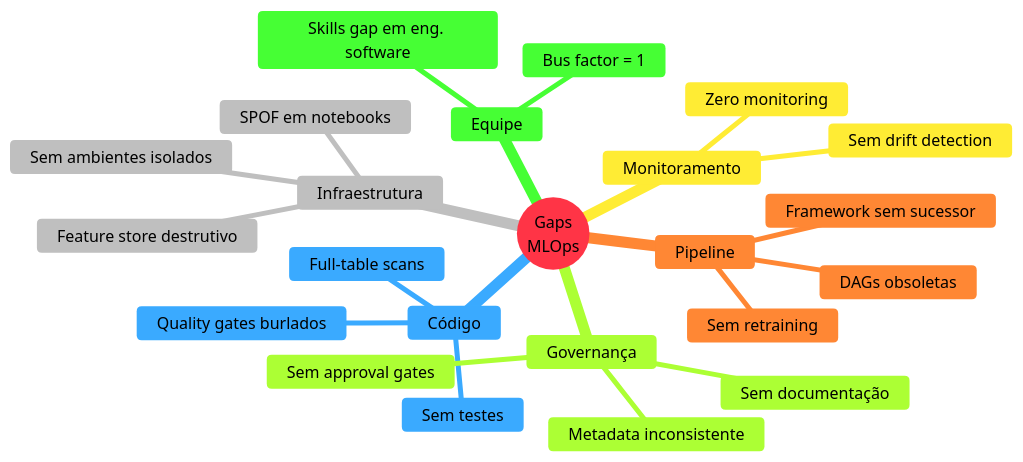
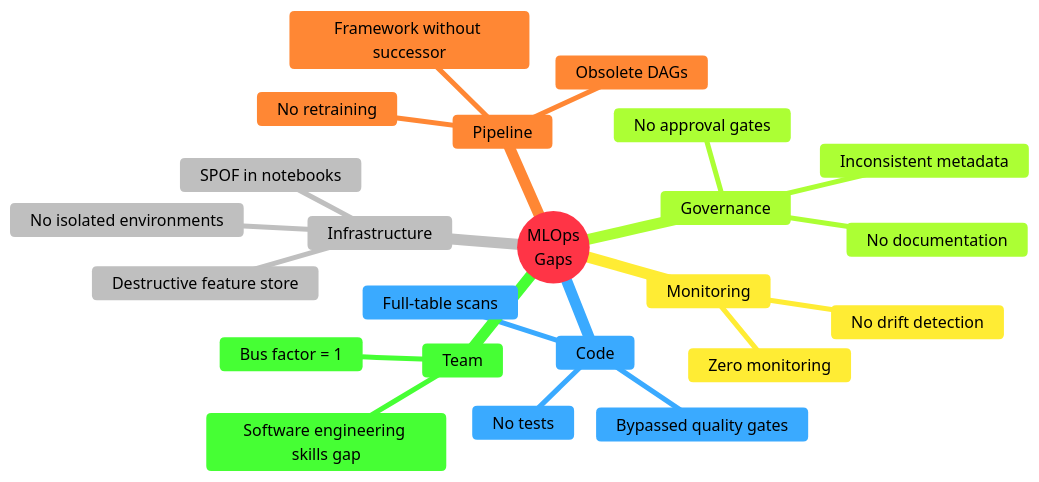
One commit to LucasTechAI/nvidia-mlops-platform changed the first of 4 diagrams in docs/CHALLENGE_DESCRIPTION.md. Above: the diagram before and after it, drawn with Mermaid. The commit also changed other lines of this file and 57 other files, not shown here.

````diff
--- a/docs/CHALLENGE_DESCRIPTION.md
+++ b/docs/CHALLENGE_DESCRIPTION.md
@@ -43,34 +43,34 @@
 ```mermaid
 %%{init: {'theme':'base', 'themeVariables': {
   'primaryColor':'#FFB3BA',
   'primaryTextColor':'#000',
   'primaryBorderColor':'#FF8B94',
   'lineColor':'#BAE1FF',
   'secondaryColor':'#BAE1FF',
   'tertiaryColor':'#FFFFFF'
 }}}%%
 mindmap
-  root((Gaps<br/>MLOps))
-    Código
-      Sem testes
-      Quality gates burlados
+  root((MLOps<br/>Gaps))
+    Code
+      No tests
+      Bypassed quality gates
       Full-table scans
-    Infraestrutura
-      SPOF em notebooks
-      Feature store destrutivo
-      Sem ambientes isolados
+    Infrastructure
+      SPOF in notebooks
+      Destructive feature store
+      No isolated environments
     Pipeline
-      Sem retraining
-      Framework sem sucessor
-      DAGs obsoletas
-    Monitoramento
+      No retraining
+      Framework without successor
+      Obsolete DAGs
+    Monitoring
       Zero monitoring
-      Sem drift detection
-    Governança
-      Metadata inconsistente
-      Sem documentação
-      Sem approval gates
-    Equipe
+      No drift detection
+    Governance
+      Inconsistent metadata
+      No documentation
+      No approval gates
+    Team
       Bus factor = 1
-      Skills gap em eng. software
+      Software engineering skills gap
 ```
````
